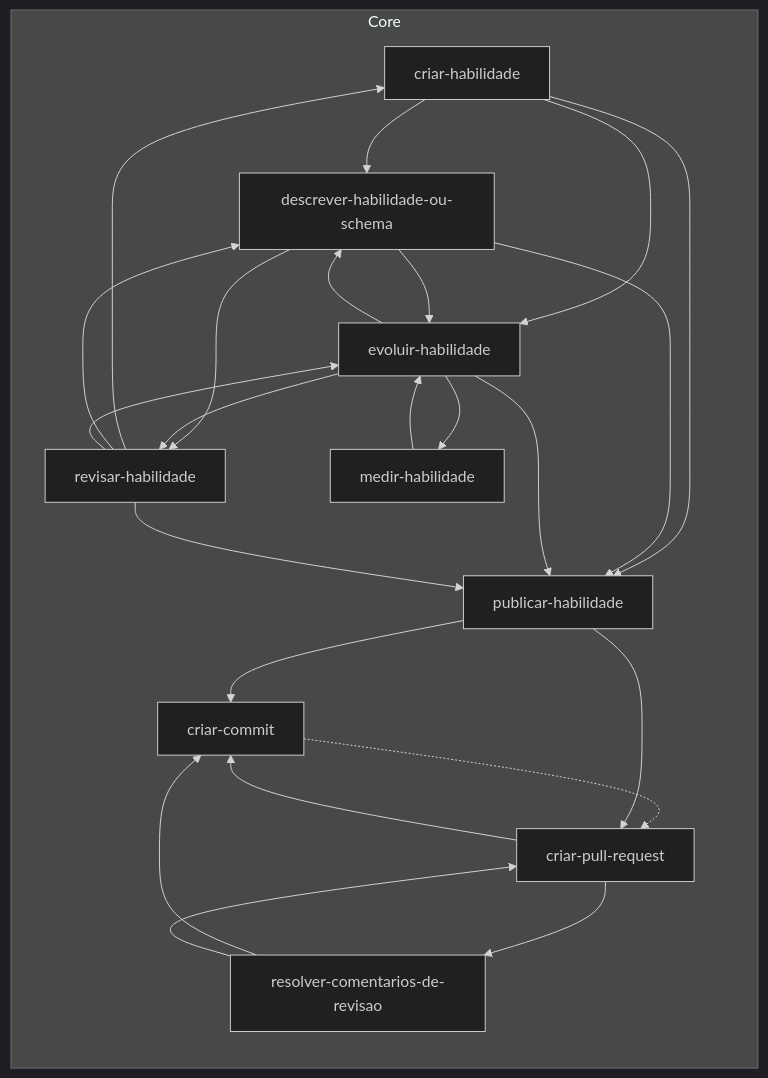
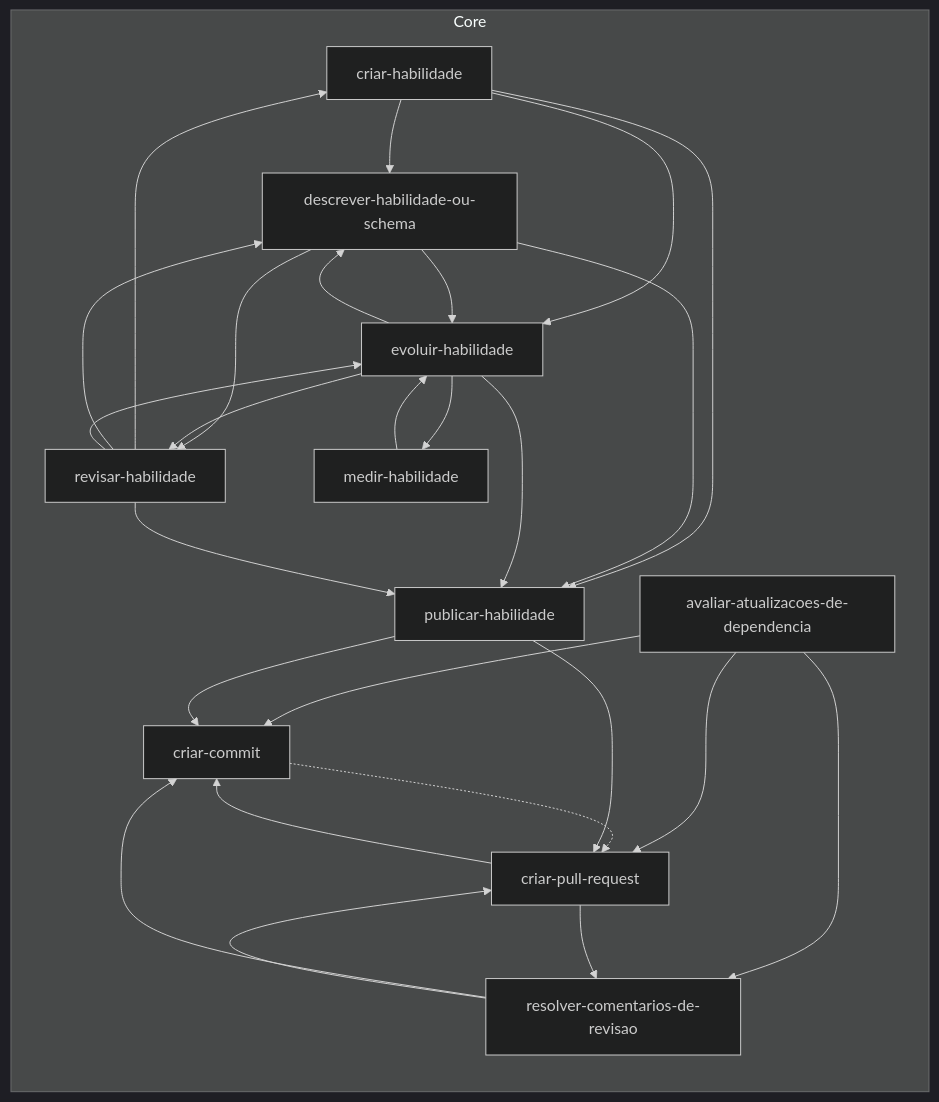
One commit to jimmyandrade/harness changed the diagram in .agents/skills/README.md. Above: the diagram before and after it, drawn with Mermaid (dark theme). The commit also changed 3 other files, not shown here.

First line of the commit message:
feat(avaliar-atualizacoes-de-dependencia): work through dependency update pull requests (#50)

````diff
--- a/.agents/skills/README.md
+++ b/.agents/skills/README.md
@@ -11,36 +11,40 @@
 ```mermaid
 flowchart LR
   subgraph core["Core"]
+    avaliar_atualizacoes_de_dependencia["avaliar-atualizacoes-de-dependencia"]
     criar_commit["criar-commit"]
     criar_habilidade["criar-habilidade"]
     criar_pull_request["criar-pull-request"]
     descrever_habilidade_ou_schema["descrever-habilidade-ou-schema"]
     evoluir_habilidade["evoluir-habilidade"]
     medir_habilidade["medir-habilidade"]
     publicar_habilidade["publicar-habilidade"]
     resolver_comentarios_de_revisao["resolver-comentarios-de-revisao"]
     revisar_habilidade["revisar-habilidade"]
   end
+  avaliar_atualizacoes_de_dependencia --> criar_commit
+  avaliar_atualizacoes_de_dependencia --> criar_pull_request
+  avaliar_atualizacoes_de_dependencia --> resolver_comentarios_de_revisao
   criar_commit -.-> criar_pull_request
   criar_habilidade --> descrever_habilidade_ou_schema
   criar_habilidade --> evoluir_habilidade
   criar_habilidade --> publicar_habilidade
   criar_pull_request --> criar_commit
   criar_pull_request --> resolver_comentarios_de_revisao
   descrever_habilidade_ou_schema --> evoluir_habilidade
   descrever_habilidade_ou_schema --> publicar_habilidade
   descrever_habilidade_ou_schema --> revisar_habilidade
   evoluir_habilidade --> descrever_habilidade_ou_schema
   evoluir_habilidade --> medir_habilidade
   evoluir_habilidade --> publicar_habilidade
   evoluir_habilidade --> revisar_habilidade
   medir_habilidade --> evoluir_habilidade
   publicar_habilidade --> criar_commit
   publicar_habilidade --> criar_pull_request
   resolver_comentarios_de_revisao --> criar_commit
   resolver_comentarios_de_revisao --> criar_pull_request
   revisar_habilidade --> criar_habilidade
   revisar_habilidade --> descrever_habilidade_ou_schema
   revisar_habilidade --> evoluir_habilidade
   revisar_habilidade --> publicar_habilidade
 ```
````
